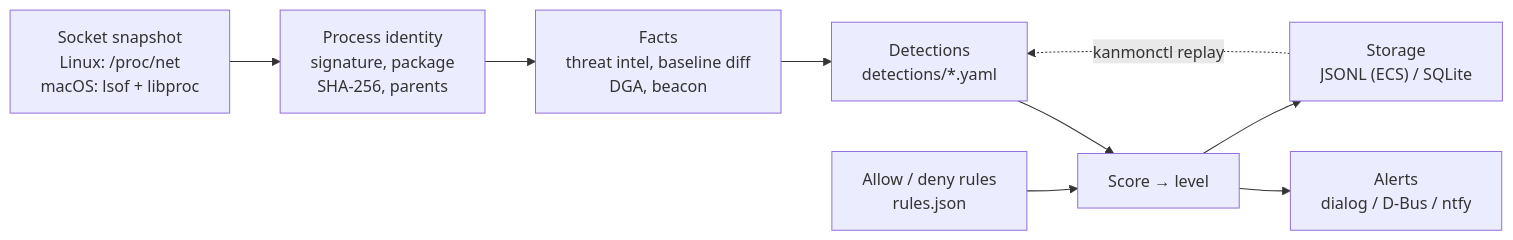
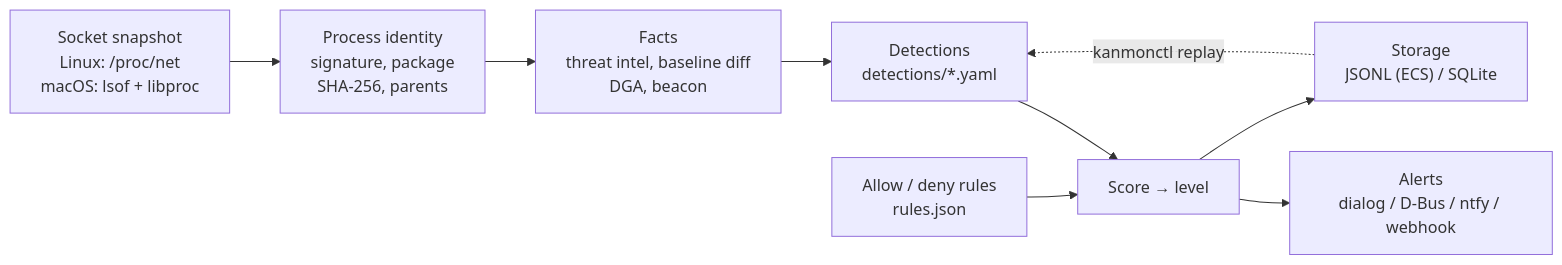
One commit to zephel01/kanmon changed the diagram in README.en.md. Above: the diagram before and after it, drawn with Mermaid. The commit also changed other lines of this file and 7 other files, not shown here.

````diff
--- a/README.en.md
+++ b/README.en.md
@@ -72,11 +72,11 @@
 ```mermaid
 flowchart LR
   S["Socket snapshot<br/>Linux: /proc/net<br/>macOS: lsof + libproc"] --> P["Process identity<br/>signature, package<br/>SHA-256, parents"]
   P --> F["Facts<br/>threat intel, baseline diff<br/>DGA, beacon"]
   F --> D["Detections<br/>detections/*.yaml"]
   D --> O["Score → level"]
   R["Allow / deny rules<br/>rules.json"] --> O
-  O --> N["Alerts<br/>dialog / D-Bus / ntfy"]
+  O --> N["Alerts<br/>dialog / D-Bus / ntfy / webhook"]
   O --> L["Storage<br/>JSONL (ECS) / SQLite"]
   L -. "kanmonctl replay" .-> D
 ```
````
